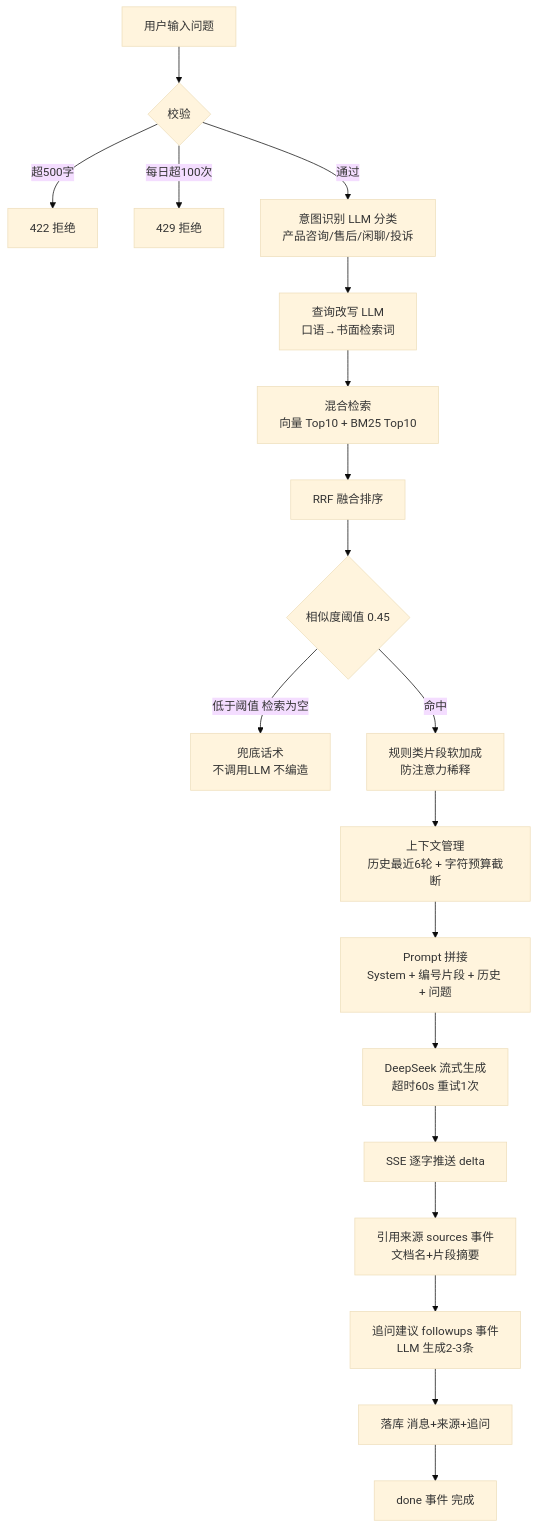
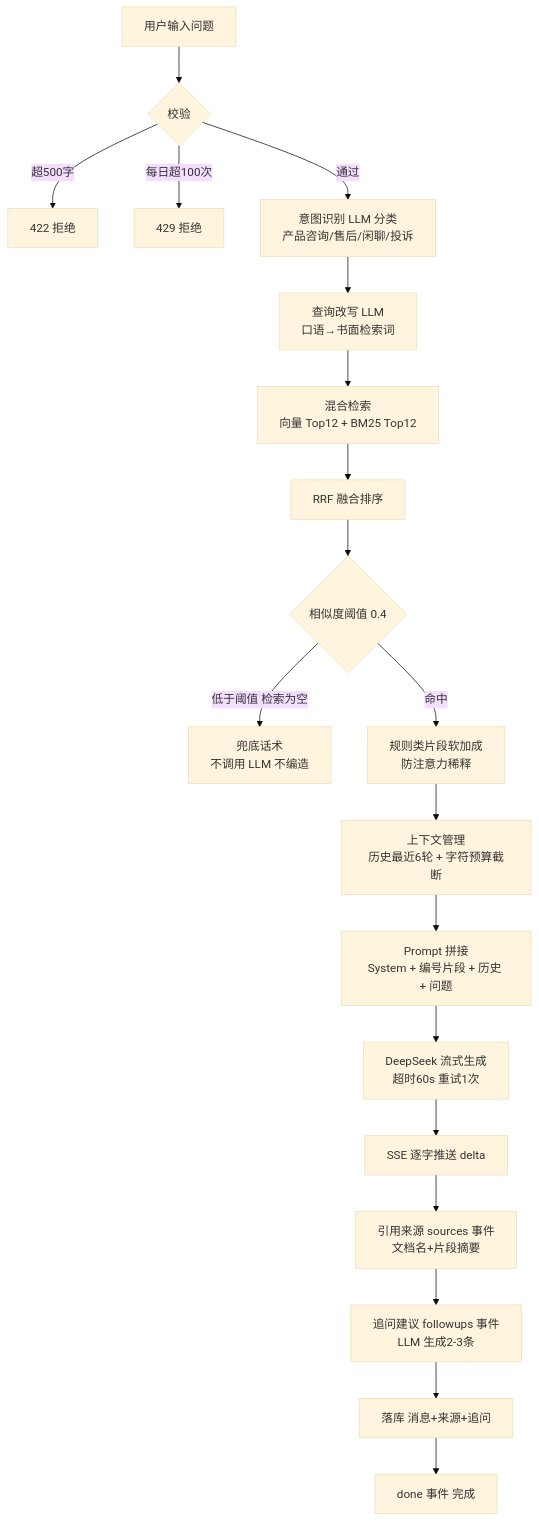
Before and after one commit to BingSeChuan/haici-ai-customer-service: the first of 2 diagrams in docs/AI架构设计.md, drawn with Mermaid (base theme). The commit also changed other lines of this file and 11 other files, not shown here.

````diff
--- a/docs/AI架构设计.md
+++ b/docs/AI架构设计.md
@@ -16,21 +7,21 @@
 ```mermaid
 flowchart TD
     A[用户输入问题] --> B{校验}
     B -->|超500字| B1[422 拒绝]
     B -->|每日超100次| B2[429 拒绝]
     B -->|通过| C[意图识别 LLM 分类<br/>产品咨询/售后/闲聊/投诉]
     C --> D[查询改写 LLM<br/>口语→书面检索词]
-    D --> E[混合检索<br/>向量 Top10 + BM25 Top10]
+    D --> E[混合检索<br/>向量 Top12 + BM25 Top12]
     E --> F[RRF 融合排序]
-    F --> G{相似度阈值 0.45}
-    G -->|低于阈值 检索为空| H[兜底话术<br/>不调用LLM 不编造]
+    F --> G{相似度阈值 0.4}
+    G -->|低于阈值 检索为空| H[兜底话术<br/>不调用 LLM 不编造]
     G -->|命中| I[规则类片段软加成<br/>防注意力稀释]
     I --> J[上下文管理<br/>历史最近6轮 + 字符预算截断]
     J --> K[Prompt 拼接<br/>System + 编号片段 + 历史 + 问题]
     K --> L[DeepSeek 流式生成<br/>超时60s 重试1次]
     L --> M[SSE 逐字推送 delta]
     M --> N[引用来源 sources 事件<br/>文档名+片段摘要]
     N --> O[追问建议 followups 事件<br/>LLM 生成2-3条]
     O --> P[落库 消息+来源+追问]
     P --> Q[done 事件 完成]
 ```
````
